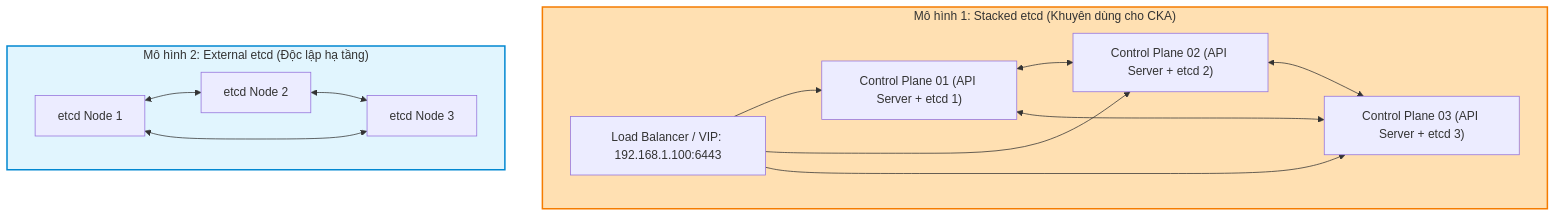
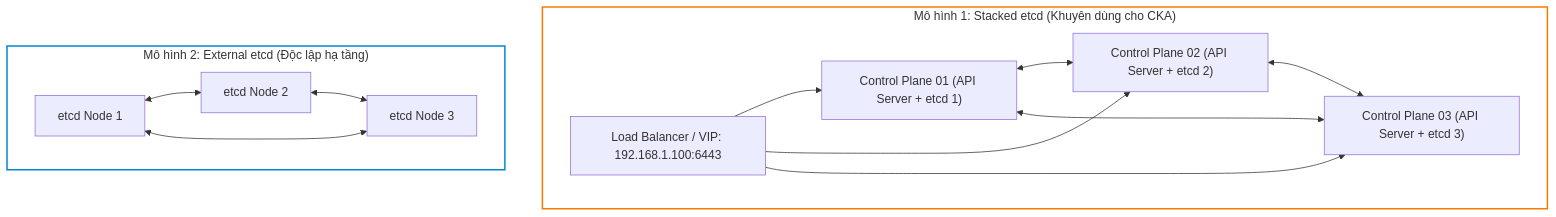
The first of 3 diagrams in _posts/2026-09-12-cka-12-12-ha-control-plane.md (kiennt308/ntk), drawn with Mermaid before and after one commit. The commit also changed other lines of this file and 207 other files, not shown here.

Commit message:
feat(posts): batch standardize all 208 posts with TL;DR, qa-card accordion, fill:none mermaid, and liquid raw wrappers

````diff
--- a/_posts/2026-09-12-cka-12-12-ha-control-plane.md
+++ b/_posts/2026-09-12-cka-12-12-ha-control-plane.md
@@ -155,20 +159,20 @@
 ```mermaid
 graph TD
     subgraph Stacked_Topology ["Mô hình 1: Stacked etcd (Khuyên dùng cho CKA)"]
         CP1["Control Plane 01 (API Server + etcd 1)"] <--> CP2["Control Plane 02 (API Server + etcd 2)"]
         CP2 <--> CP3["Control Plane 03 (API Server + etcd 3)"]
         CP3 <--> CP1
         LB1["Load Balancer / VIP: 192.168.1.100:6443"] --> CP1
         LB1 --> CP2
         LB1 --> CP3
     end
 
     subgraph External_Topology ["Mô hình 2: External etcd (Độc lập hạ tầng)"]
         EXT1["etcd Node 1"] <--> EXT2["etcd Node 2"]
         EXT2 <--> EXT3["etcd Node 3"]
         EXT3 <--> EXT1
     end
 
-    style Stacked_Topology fill:#ffe0b2,stroke:#f57c00,stroke-width:2px
-    style External_Topology fill:#e1f5fe,stroke:#0288d1,stroke-width:2px
+    style Stacked_Topology fill:none,stroke:#f57c00,stroke-width:2px
+    style External_Topology fill:none,stroke:#0288d1,stroke-width:2px
 ```
````
